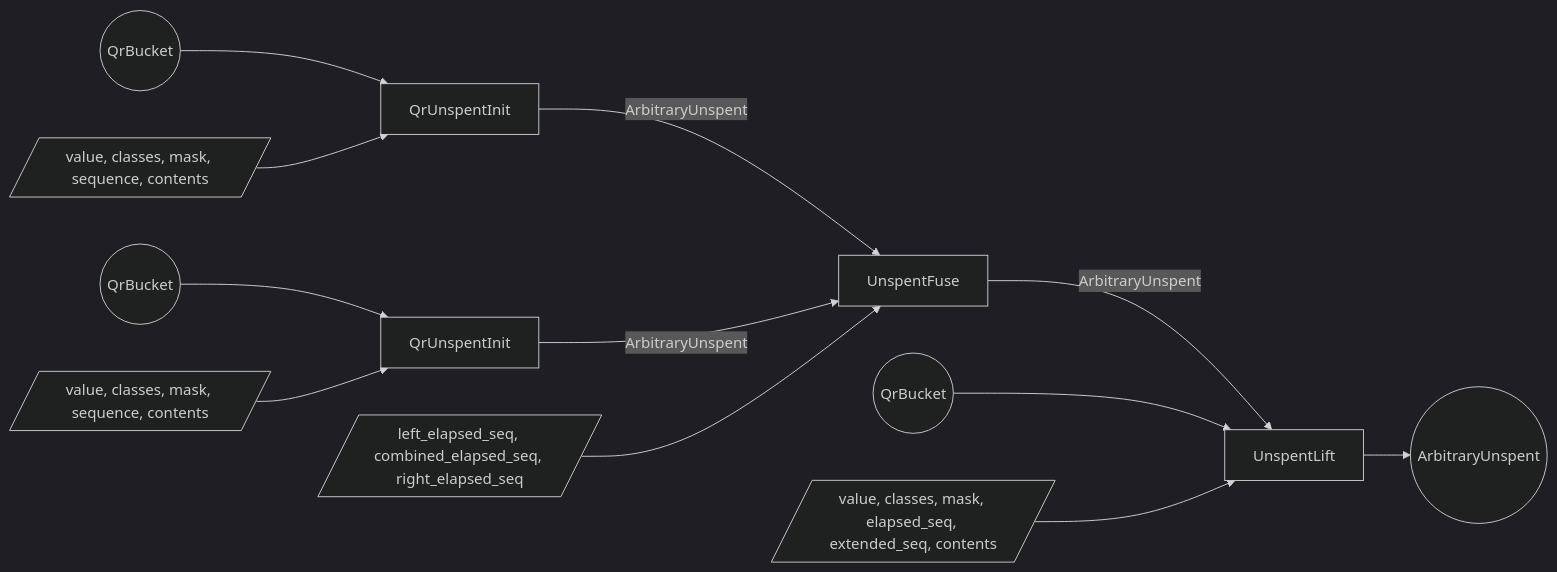
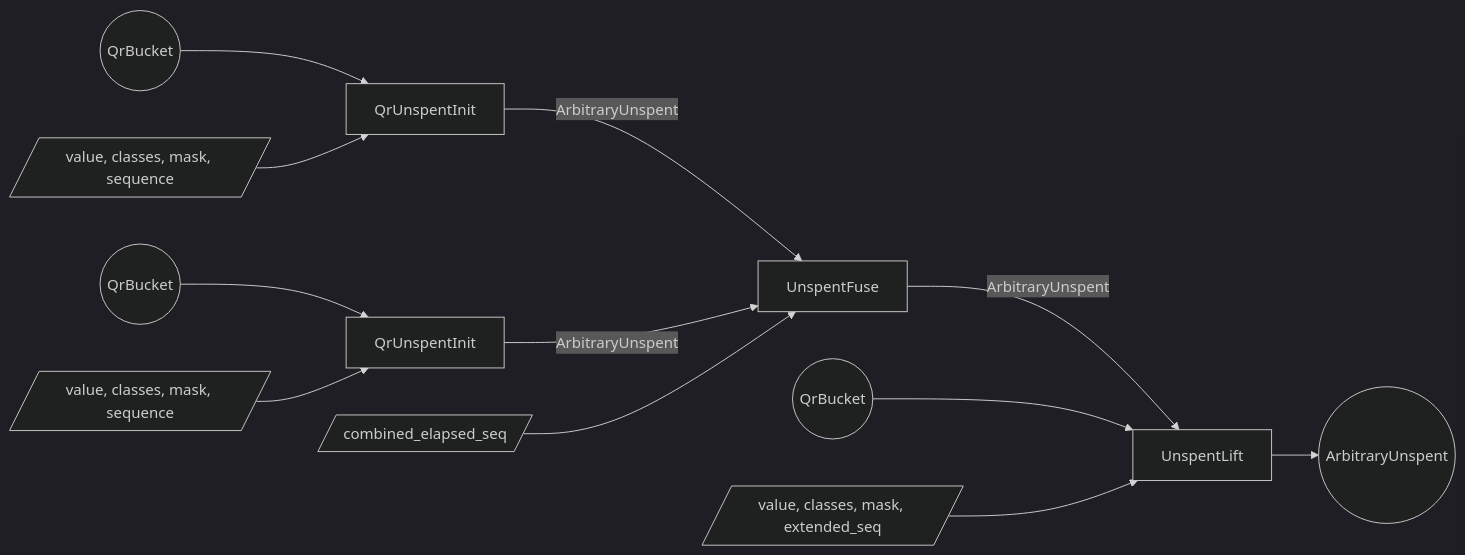
The third of 3 diagrams in book/src/proof-tree.md (tachyon-zcash/tachyon), drawn with Mermaid (dark theme) before and after one commit. The commit also changed other lines of this file and 35 other files, not shown here.

````diff
--- a/book/src/proof-tree.md
+++ b/book/src/proof-tree.md
@@ -536,27 +537,27 @@
 ```mermaid
 flowchart LR
   bucket_e((QrBucket))
-  w_init[/value, classes, mask, sequence, contents/]
+  w_init[/value, classes, mask, sequence/]
   s_init[QrUnspentInit]
   bucket_next((QrBucket))
-  w_next[/value, classes, mask, sequence, contents/]
+  w_next[/value, classes, mask, sequence/]
   s_next[QrUnspentInit]
-  w_ufuse[/left_elapsed_seq, combined_elapsed_seq, right_elapsed_seq/]
+  w_ufuse[/combined_elapsed_seq/]
   s_ufuse[UnspentFuse]
   bucket_after((QrBucket))
-  w_ulift[/value, classes, mask, elapsed_seq, extended_seq, contents/]
+  w_ulift[/value, classes, mask, extended_seq/]
   s_ulift[UnspentLift]
   unspent_out((ArbitraryUnspent))
 
   bucket_e --> s_init
   w_init --> s_init
   bucket_next --> s_next
   w_next --> s_next
   s_init -->|ArbitraryUnspent| s_ufuse
   s_next -->|ArbitraryUnspent| s_ufuse
   w_ufuse --> s_ufuse
   s_ufuse -->|ArbitraryUnspent| s_ulift
   bucket_after --> s_ulift
   w_ulift --> s_ulift
   s_ulift --> unspent_out
 ```
````
